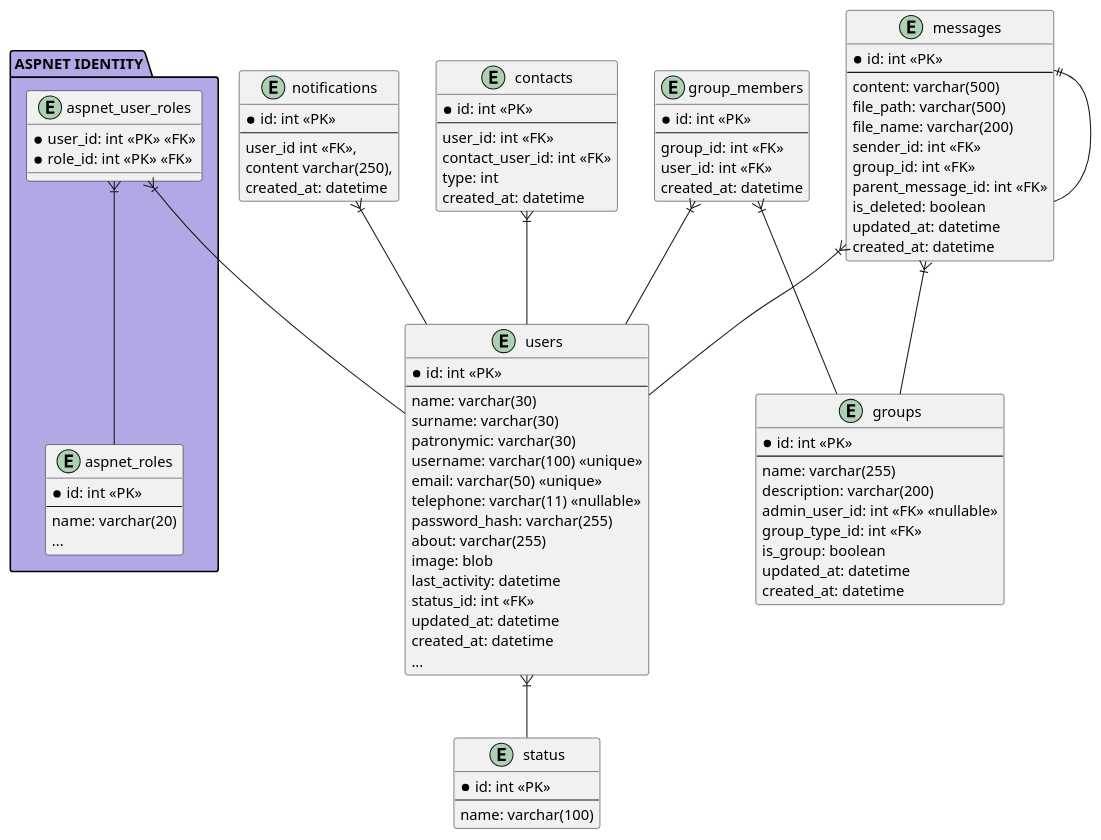
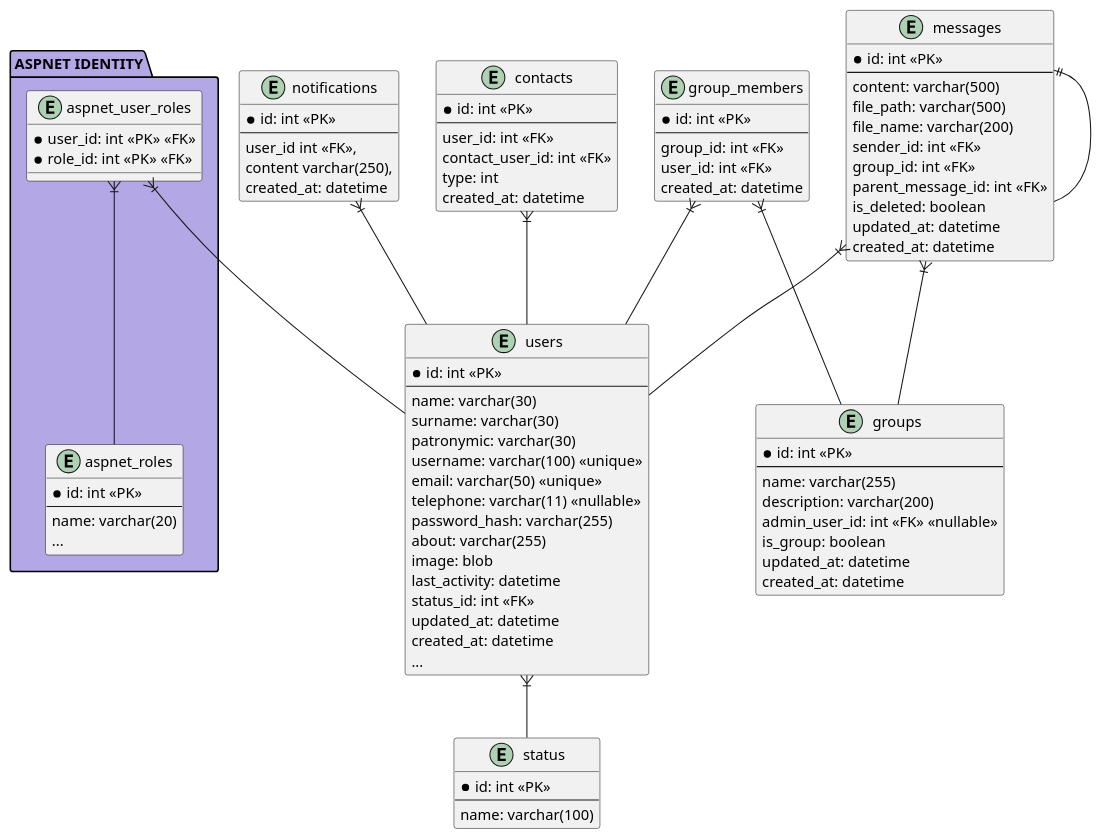
Before and after one commit to DmitriyYakubovskiy/WebChat: the diagram in PlantUml/DataBase.puml, drawn with PlantUML. The commit also changed 1 other file, not shown here.

```diff
--- a/PlantUml/DataBase.puml
+++ b/PlantUml/DataBase.puml
@@ -1,104 +1,103 @@
 @startuml
 
 package "ASPNET IDENTITY" #B4A7E5 {
     entity aspnet_roles  {
         *id: int <<PK>>
         --
         name: varchar(20)
         ...
     }
 
     entity aspnet_user_roles{
         *user_id: int <<PK>> <<FK>>
         *role_id: int <<PK>> <<FK>>
     }
 }
 
 entity users {
     *id: int <<PK>>
     --
     name: varchar(30)
     surname: varchar(30)
     patronymic: varchar(30)
     username: varchar(100) <<unique>>
     email: varchar(50) <<unique>>
     telephone: varchar(11) <<nullable>>
     password_hash: varchar(255)
     about: varchar(255)
     image: blob
     last_activity: datetime
     status_id: int <<FK>>
     updated_at: datetime
     created_at: datetime
     ...
 }
 
 entity status{
     *id: int <<PK>>
     --
     name: varchar(100)
 }
 
 entity messages {
     *id: int <<PK>>
     --
     content: varchar(500)
     file_path: varchar(500)
     file_name: varchar(200)
     sender_id: int <<FK>>
     group_id: int <<FK>>
     parent_message_id: int <<FK>>
     is_deleted: boolean
     updated_at: datetime
     created_at: datetime
 }
 
 entity groups {
     *id: int <<PK>>
     --
     name: varchar(255)
     description: varchar(200)
     admin_user_id: int <<FK>> <<nullable>>
-    group_type_id: int <<FK>>
     is_group: boolean
     updated_at: datetime
     created_at: datetime
 }
 
 entity group_members {
     *id: int <<PK>>
     --
     group_id: int <<FK>>
     user_id: int <<FK>>
     created_at: datetime
 }
 
 entity contacts {
     *id: int <<PK>>
     --
     user_id: int <<FK>>
     contact_user_id: int <<FK>>
     type: int
     created_at: datetime
 }
 
 entity notifications {
     *id: int <<PK>>
     --
     user_id int <<FK>>,
     content varchar(250),
     created_at: datetime
 }
 
 aspnet_user_roles }|-- aspnet_roles
 aspnet_user_roles }|-- users
 notifications }|-- users
 group_members }|-- users
 contacts }|-- users
 messages }|-- users
 users }|-- status
 group_members }|-- groups
 messages }|-- groups
 messages ||-- messages
 
 @enduml
```
